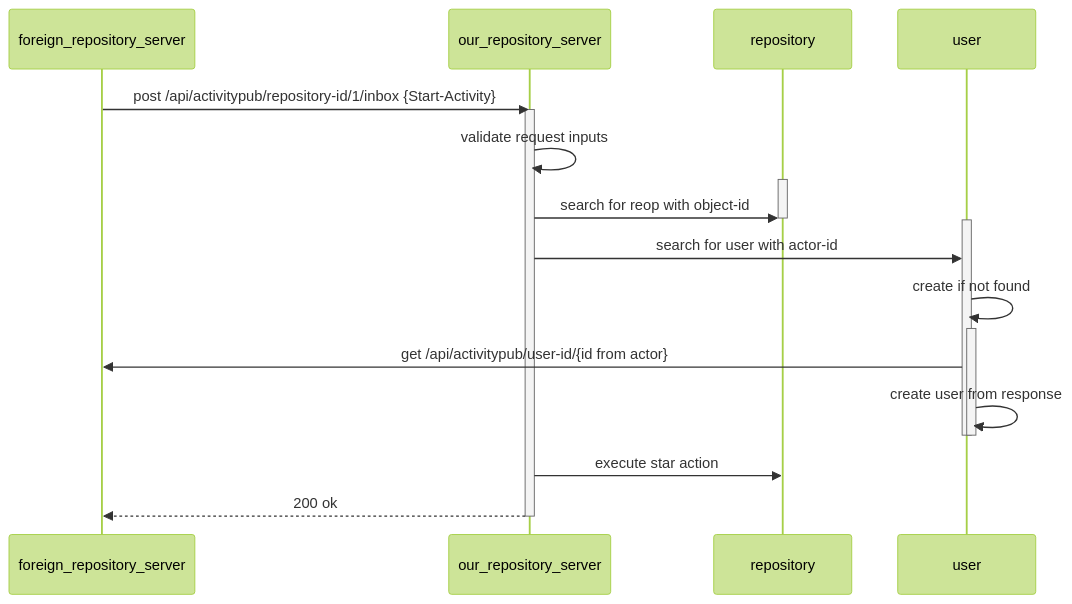
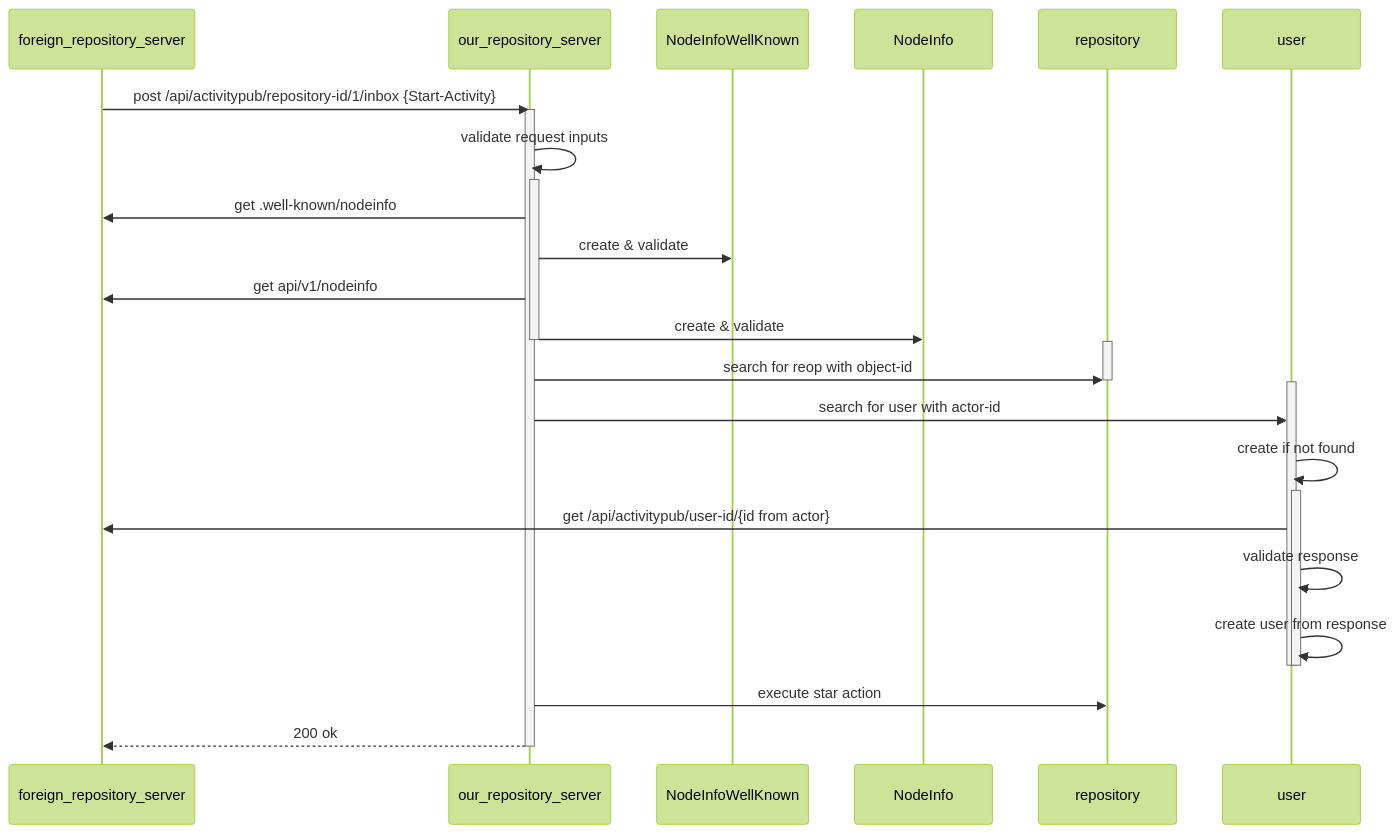
The first of 2 diagrams in docs/unsure-where-to-put/threat_analysis_star_activity.md (yonasBSD/forgejo), drawn with Mermaid (forest theme) before and after one commit. The commit also changed other lines of this file, not shown here.

````diff
--- a/docs/unsure-where-to-put/threat_analysis_star_activity.md
+++ b/docs/unsure-where-to-put/threat_analysis_star_activity.md
@@ -8,23 +8,30 @@
 ```mermaid
 sequenceDiagram
     participant fs as foreign_repository_server
     participant os as our_repository_server
 
     fs ->> os: post /api/activitypub/repository-id/1/inbox {Start-Activity}
     activate os
     os ->> os: validate request inputs
+    activate os
+    os ->> fs: get .well-known/nodeinfo
+    os ->> NodeInfoWellKnown: create & validate
+    os ->> fs: get api/v1/nodeinfo
+    os ->> NodeInfo: create & validate
+    deactivate os
     activate repository
     os ->> repository: search for reop with object-id
     deactivate repository
     activate user
     os ->> user: search for user with actor-id
     user ->> user: create if not found
     activate user
     user ->> fs: get /api/activitypub/user-id/{id from actor}
+    user ->> user: validate response
     user ->> user: create user from response
     deactivate user
     deactivate user
     os ->> repository: execute star action
     os -->> fs: 200 ok
     deactivate os
 ```
````
